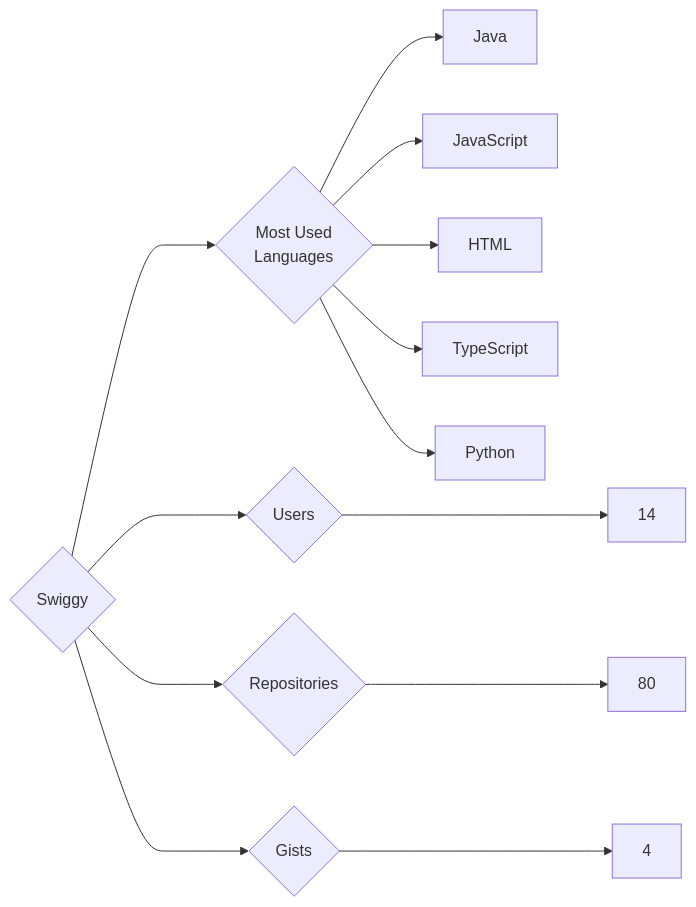
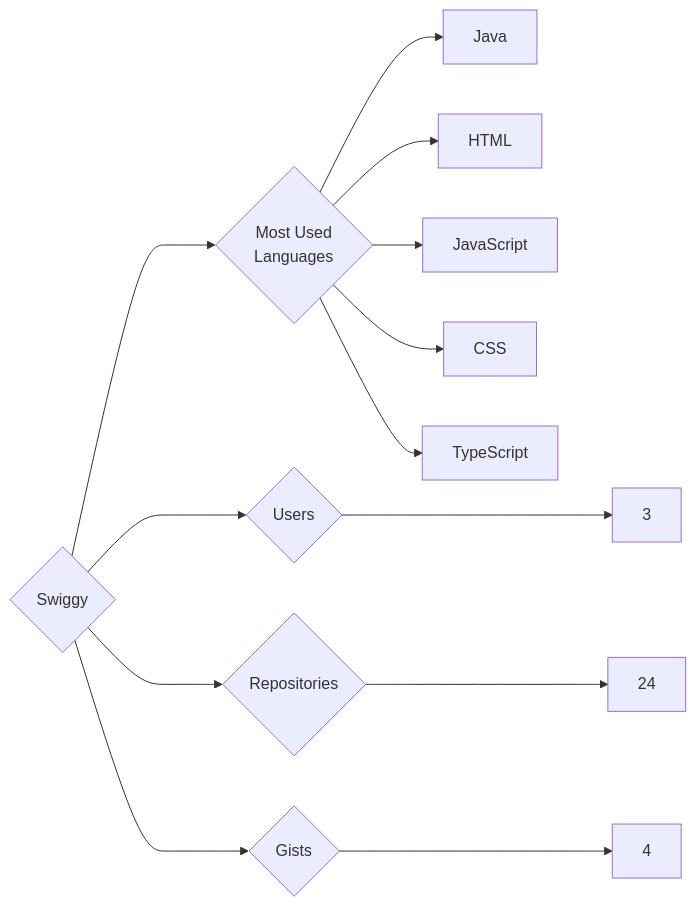
One commit to trickest/insiders changed the diagram in targets/Swiggy/README.md. Above: the diagram before and after it, drawn with Mermaid. The commit also changed 1248 other files, not shown here.

````diff
--- a/targets/Swiggy/README.md
+++ b/targets/Swiggy/README.md
@@ -3,13 +3,13 @@
 ```mermaid
 graph LR
 COMPANY_NAME{Swiggy}
-COMPANY_NAME ---> U{Users} ---> UN[14]
-COMPANY_NAME ---> R{Repositories} ---> RN[80]
+COMPANY_NAME ---> U{Users} ---> UN[3]
+COMPANY_NAME ---> R{Repositories} ---> RN[24]
 COMPANY_NAME ---> G{Gists} ---> GN[4]
 COMPANY_NAME ---> ML{Most Used<br>Languages}
 ML --> Java[Java]
+ML --> HTML[HTML]
 ML --> JavaScript[JavaScript]
-ML --> HTML[HTML]
+ML --> CSS[CSS]
 ML --> TypeScript[TypeScript]
-ML --> Python[Python]
 ```
````
